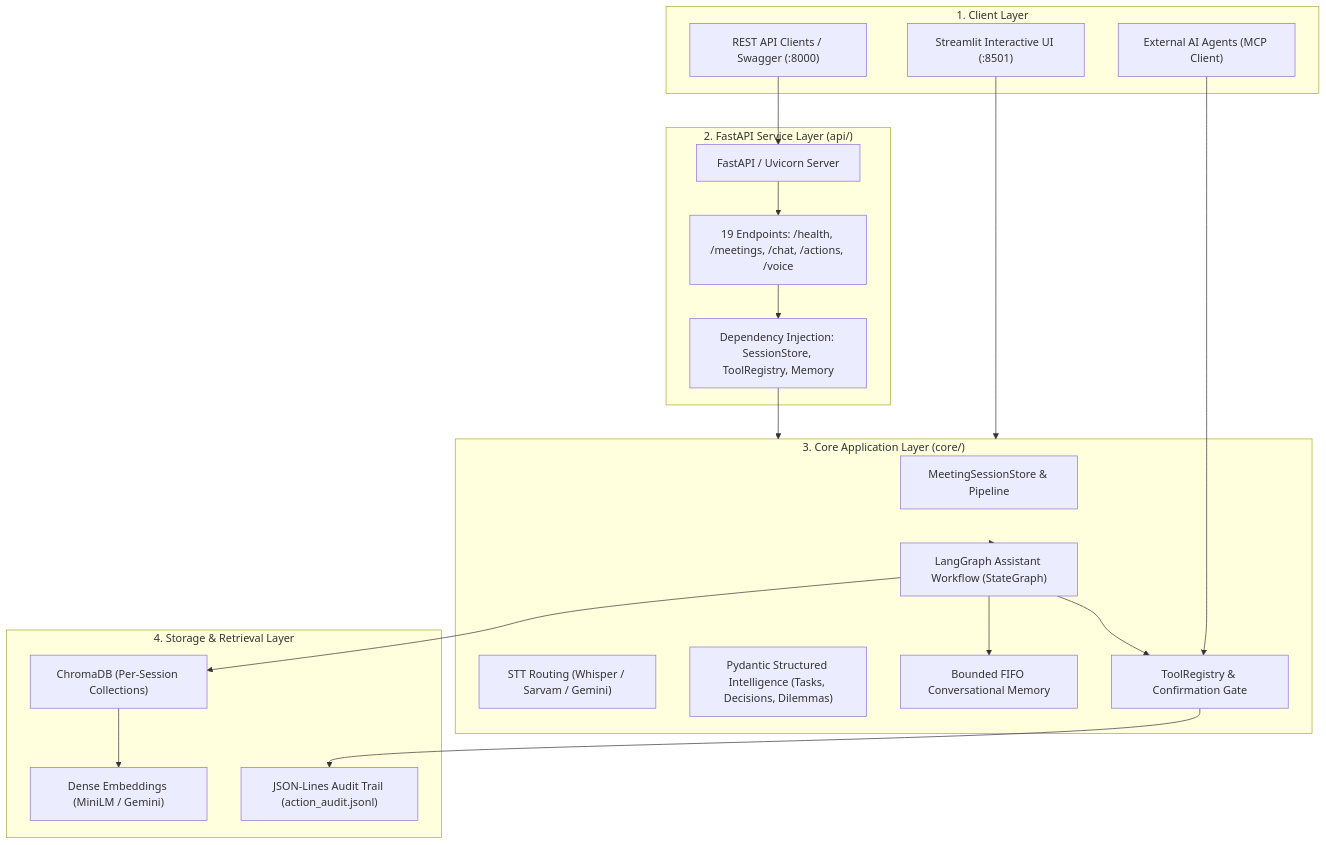
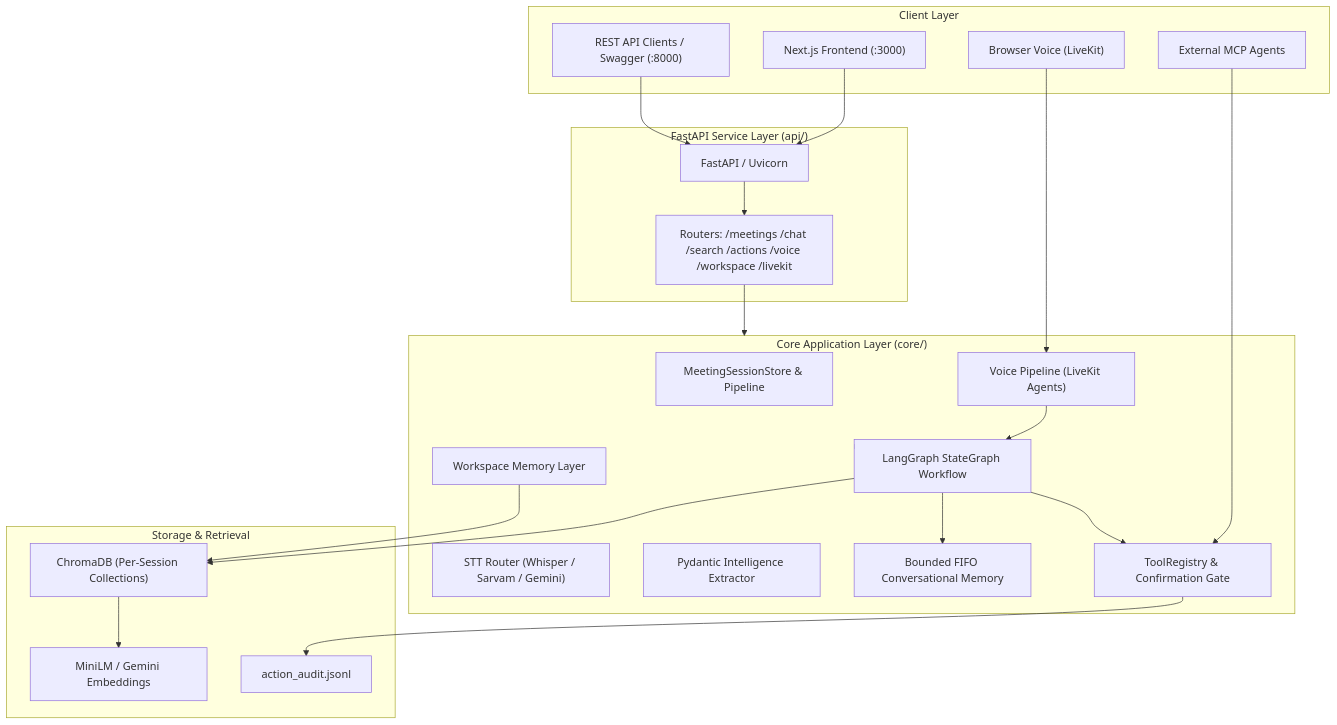
One commit to sanskarchourasiya445/RecallAI changed the diagram in README.md. Above: the diagram before and after it, drawn with Mermaid. The commit also changed other lines of this file and 53 other files, not shown here.

````diff
--- a/README.md
+++ b/README.md
@@ -95,40 +86,45 @@
 ```mermaid
 flowchart TD
-    subgraph Clients["1. Client Layer"]
-        UI["Streamlit Interactive UI (:8501)"]
+    subgraph Clients["Client Layer"]
+        FE["Next.js Frontend (:3000)"]
         REST["REST API Clients / Swagger (:8000)"]
-        MCPA["External AI Agents (MCP Client)"]
+        MCP_C["External MCP Agents"]
+        VOICE_C["Browser Voice (LiveKit)"]
     end
 
-    subgraph APILayer["2. FastAPI Service Layer (api/)"]
-        API["FastAPI / Uvicorn Server"]
-        Endpoints["19 Endpoints: /health, /meetings, /chat, /actions, /voice"]
-        Deps["Dependency Injection: SessionStore, ToolRegistry, Memory"]
+    subgraph API["FastAPI Service Layer (api/)"]
+        APIGW["FastAPI / Uvicorn"]
+        Routers["Routers: /meetings /chat /search /actions /voice /workspace /livekit"]
     end
 
-    subgraph CoreServices["3. Core Application Layer (core/)"]
+    subgraph Core["Core Application Layer (core/)"]
         Store["MeetingSessionStore & Pipeline"]
-        Graph["LangGraph Assistant Workflow (StateGraph)"]
-        STT["STT Routing (Whisper / Sarvam / Gemini)"]
-        Extract["Pydantic Structured Intelligence (Tasks, Decisions, Dilemmas)"]
+        Graph["LangGraph StateGraph Workflow"]
+        STT["STT Router (Whisper / Sarvam / Gemini)"]
+        Extract["Pydantic Intelligence Extractor"]
         Memory["Bounded FIFO Conversational Memory"]
         Tools["ToolRegistry & Confirmation Gate"]
+        Voice["Voice Pipeline (LiveKit Agents)"]
+        WorkspaceMem["Workspace Memory Layer"]
     end
 
-    subgraph DataStorage["4. Storage & Retrieval Layer"]
+    subgraph Storage["Storage & Retrieval"]
         Chroma["ChromaDB (Per-Session Collections)"]
-        Embed["Dense Embeddings (MiniLM / Gemini)"]
-        Audit["JSON-Lines Audit Trail (action_audit.jsonl)"]
+        Embed["MiniLM / Gemini Embeddings"]
+        Audit["action_audit.jsonl"]
     end
 
-    UI --> CoreServices
-    REST --> API
-    MCPA --> Tools
-    API --> Endpoints --> Deps --> CoreServices
-    CoreServices --> Graph
+    FE --> APIGW
+    REST --> APIGW
+    VOICE_C --> Voice
+    MCP_C --> Tools
+    APIGW --> Routers --> Core
+    Core --> Graph
     Graph --> Memory
     Graph --> Chroma
     Graph --> Tools
+    Tools --> Audit
+    Voice --> Graph
     Chroma --> Embed
-    Tools --> Audit
+    WorkspaceMem --> Chroma
 ```
````
